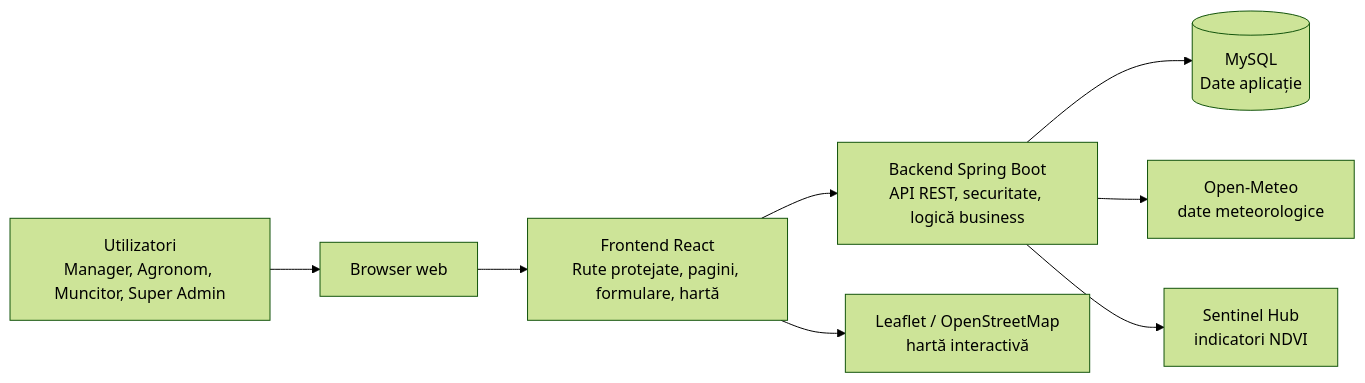
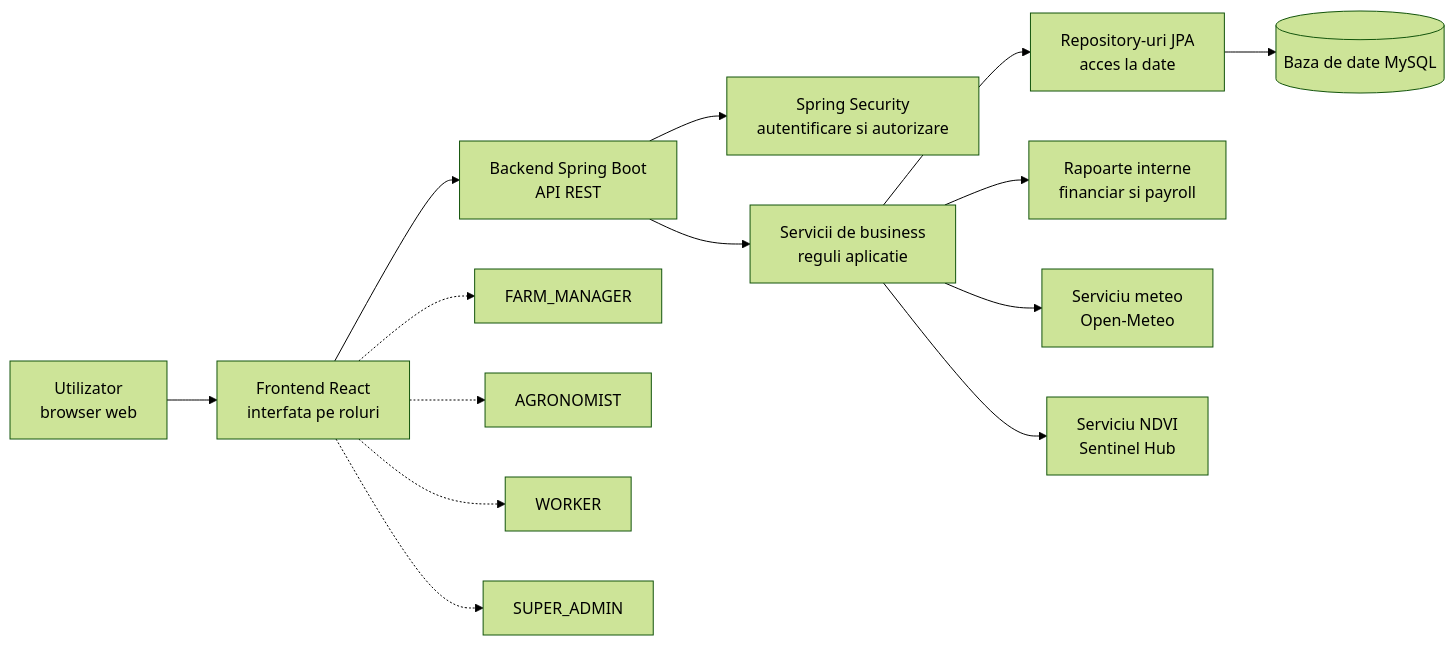
Before and after one commit to Doriann03/AgroManager: the diagram in docs/licenta/diagrame/figura_3_1_arhitectura_generala.mmd, drawn with Mermaid (forest theme). The commit also changed 61 other files, not shown here.

```diff
--- a/docs/licenta/diagrame/figura_3_1_arhitectura_generala.mmd
+++ b/docs/licenta/diagrame/figura_3_1_arhitectura_generala.mmd
@@ -1,8 +1,18 @@
 flowchart LR
-    U["Utilizatori<br/>Manager, Agronom, Muncitor, Super Admin"] --> B["Browser web"]
-    B --> FE["Frontend React<br/>Rute protejate, pagini, formulare, hartă"]
-    FE --> API["Backend Spring Boot<br/>API REST, securitate, logică business"]
-    API --> DB[("MySQL<br/>Date aplicație")]
-    API --> OM["Open-Meteo<br/>date meteorologice"]
-    API --> SH["Sentinel Hub<br/>indicatori NDVI"]
-    FE --> MAP["Leaflet / OpenStreetMap<br/>hartă interactivă"]
+    U["Utilizator<br/>browser web"] --> FE["Frontend React<br/>interfata pe roluri"]
+
+    FE --> API["Backend Spring Boot<br/>API REST"]
+
+    API --> SEC["Spring Security<br/>autentificare si autorizare"]
+    API --> BUS["Servicii de business<br/>reguli aplicatie"]
+    BUS --> REP["Repository-uri JPA<br/>acces la date"]
+    REP --> DB[("Baza de date MySQL")]
+
+    BUS --> REPORTE["Rapoarte interne<br/>financiar si payroll"]
+    BUS --> METEO["Serviciu meteo<br/>Open-Meteo"]
+    BUS --> NDVI["Serviciu NDVI<br/>Sentinel Hub"]
+
+    FE -.-> R1["FARM_MANAGER"]
+    FE -.-> R2["AGRONOMIST"]
+    FE -.-> R3["WORKER"]
+    FE -.-> R4["SUPER_ADMIN"]
```
